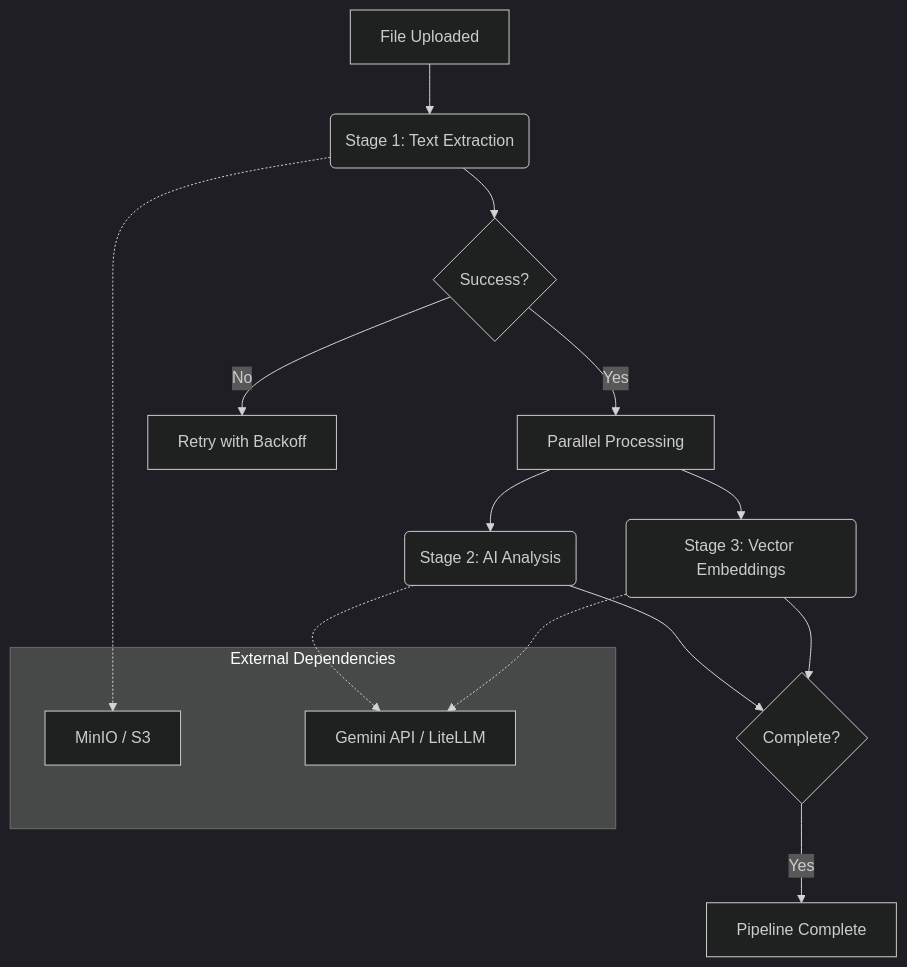
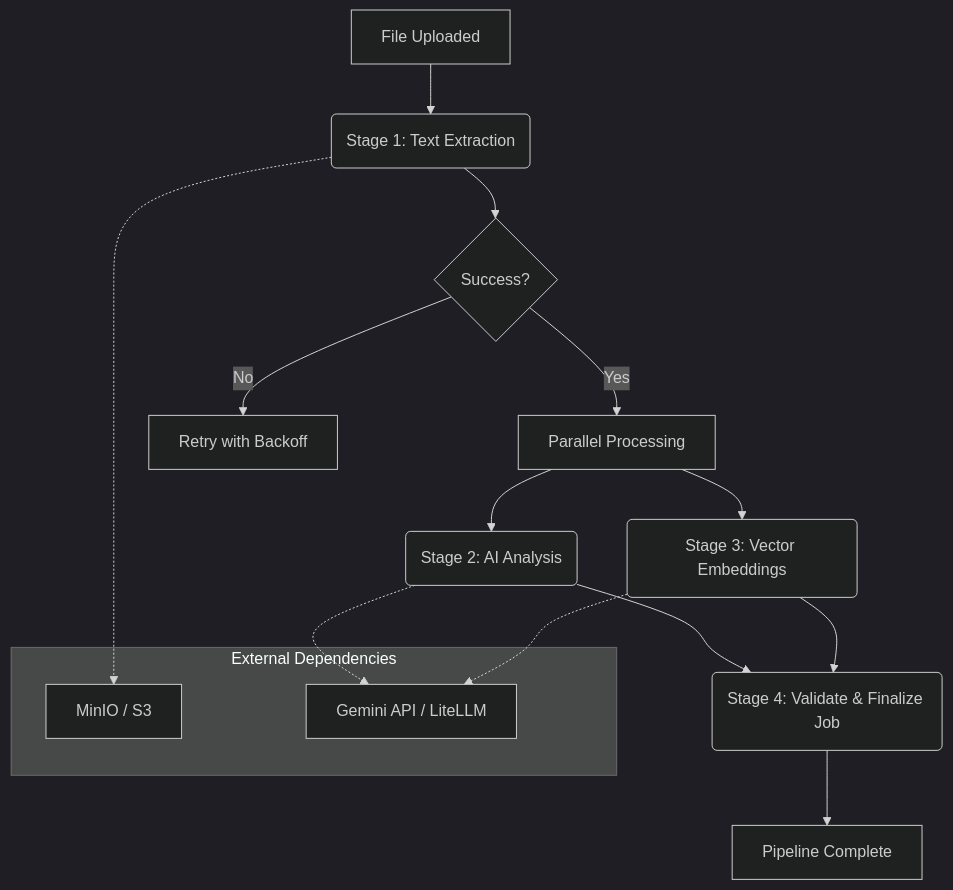
One commit to farhan-mahi-sazim/AIPCPP-BE-Mahi-Onboarding changed the diagram in docs/summary_generation_pipeline.md. Above: the diagram before and after it, drawn with Mermaid (dark theme). The commit also changed other lines of this file and 11 other files, not shown here.

````diff
--- a/docs/summary_generation_pipeline.md
+++ b/docs/summary_generation_pipeline.md
@@ -9,22 +9,22 @@
 ```mermaid
 graph TD
     A[File Uploaded] --> B(Stage 1: Text Extraction)
     B --> C{Success?}
     C -- Yes --> D[Parallel Processing]
     D --> E(Stage 2: AI Analysis)
     D --> F(Stage 3: Vector Embeddings)
     C -- No --> G[Retry with Backoff]
-    
-    E --> H{Complete?}
+
+    E --> H(Stage 4: Validate & Finalize Job)
     F --> H
-    H -- Yes --> I[Pipeline Complete]
-    
+    H --> I[Pipeline Complete]
+
     subgraph "External Dependencies"
         L[MinIO / S3]
         M[Gemini API / LiteLLM]
     end
 
     B -.-> L
     E -.-> M
     F -.-> M
 ```
````
